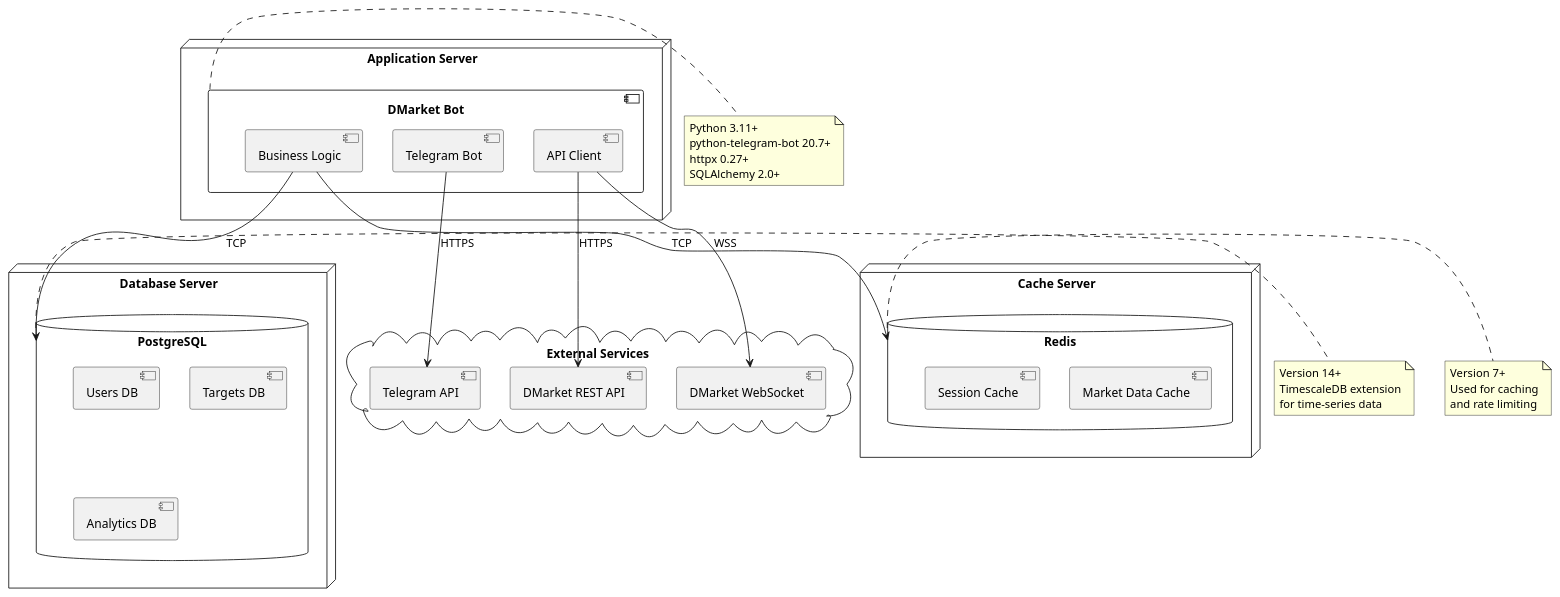
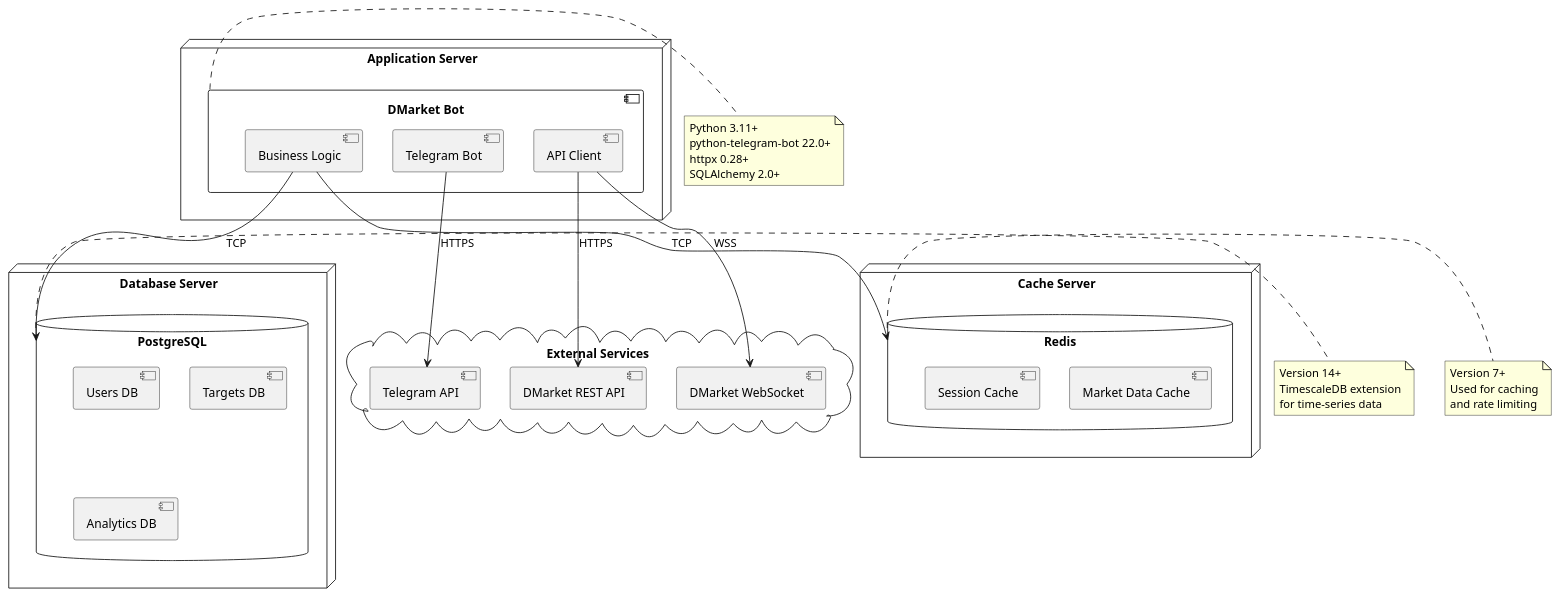
The seventh of 9 diagrams in docs/ARCHITECTURE.md (Dykij/DMarket-Telegram-Bot), drawn with PlantUML before and after one commit. The commit also changed other lines of this file and 44 other files, not shown here.

````diff
--- a/docs/ARCHITECTURE.md
+++ b/docs/ARCHITECTURE.md
@@ -895,57 +953,57 @@
 ```plantuml
 @startuml
 node "Application Server" {
   component "DMarket Bot" {
     [Telegram Bot]
     [Business Logic]
     [API Client]
   }
 }
 
 node "Database Server" {
   database "PostgreSQL" {
     [Users DB]
     [Targets DB]
     [Analytics DB]
   }
 }
 
 node "Cache Server" {
   database "Redis" {
     [Market Data Cache]
     [Session Cache]
   }
 }
 
 cloud "External Services" {
   [Telegram API]
   [DMarket REST API]
   [DMarket WebSocket]
 }
 
 [Telegram Bot] --> [Telegram API]: HTTPS
 [API Client] --> [DMarket REST API]: HTTPS
 [API Client] --> [DMarket WebSocket]: WSS
 [Business Logic] --> [PostgreSQL]: TCP
 [Business Logic] --> [Redis]: TCP
 
 note right of [DMarket Bot]
   Python 3.11+
-  python-telegram-bot 20.7+
-  httpx 0.27+
+  python-telegram-bot 22.0+
+  httpx 0.28+
   SQLAlchemy 2.0+
 end note
 
 note right of [PostgreSQL]
   Version 14+
   TimescaleDB extension
   for time-series data
 end note
 
 note right of [Redis]
   Version 7+
   Used for caching
   and rate limiting
 end note
 @enduml
 ```
````
